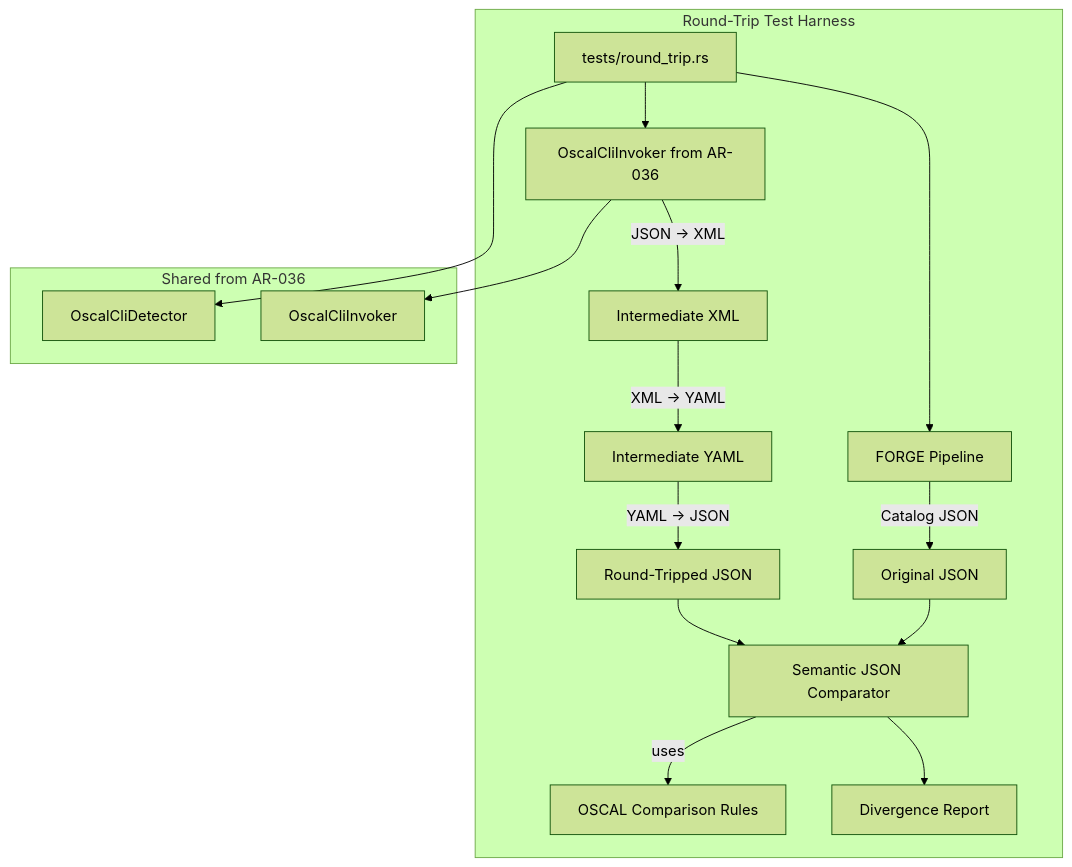
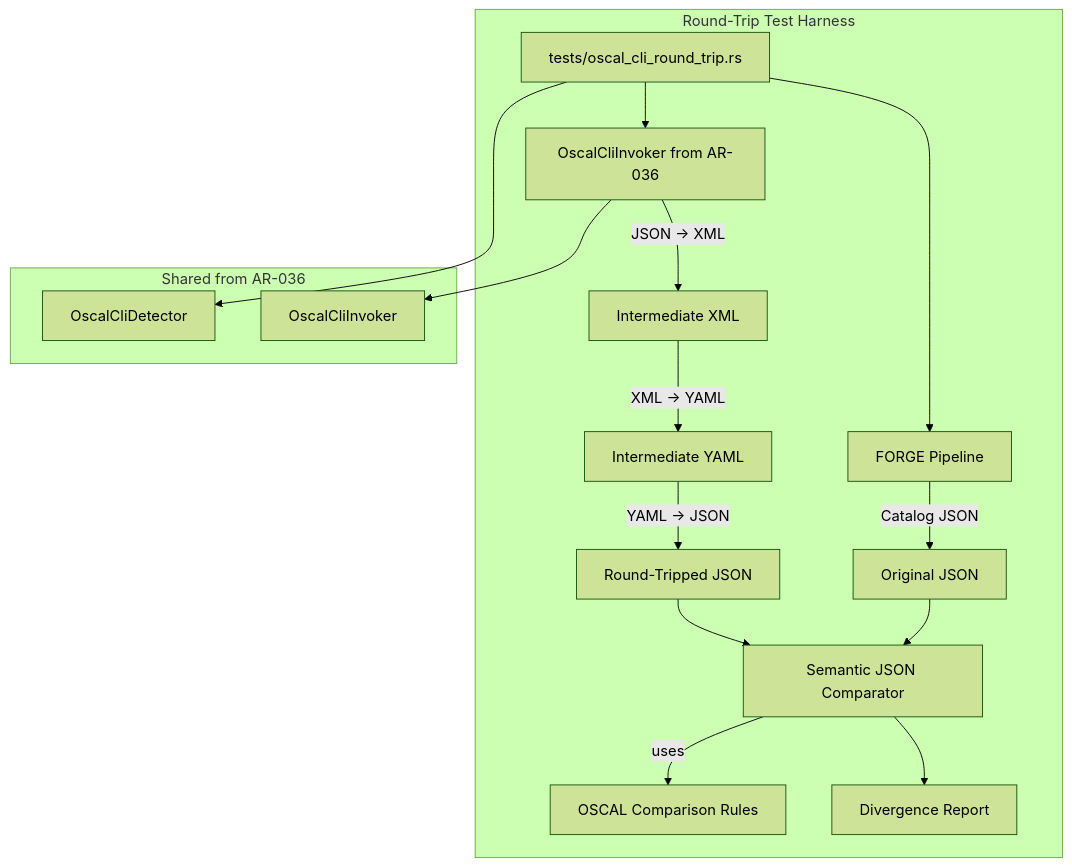
The fifth of 7 diagrams in docs/AR/037-ar-oscal-cli-round-trip.md (policy-forge/forge), drawn with Mermaid (forest theme) before and after one commit. The commit also changed other lines of this file and 22 other files, not shown here.

First line of the commit message:
feat: add oscal-cli round-trip validation (WI-37)

````diff
--- a/docs/AR/037-ar-oscal-cli-round-trip.md
+++ b/docs/AR/037-ar-oscal-cli-round-trip.md
@@ -269,23 +269,23 @@
 ```mermaid
 graph TD
     subgraph "Round-Trip Test Harness"
-        TestModule[tests/round_trip.rs] --> ForgeGen[FORGE Pipeline]
+        TestModule[tests/oscal_cli_round_trip.rs] --> ForgeGen[FORGE Pipeline]
         ForgeGen --> |"Catalog JSON"| OrigJSON[Original JSON]
         TestModule --> OscalCliChain[OscalCliInvoker from AR-036]
         OscalCliChain --> |"JSON → XML"| XML[Intermediate XML]
         XML --> |"XML → YAML"| YAML[Intermediate YAML]
         YAML --> |"YAML → JSON"| RoundTrippedJSON[Round-Tripped JSON]
         OrigJSON --> Comparator[Semantic JSON Comparator]
         RoundTrippedJSON --> Comparator
         Comparator --> |"uses"| Rules[OSCAL Comparison Rules]
         Comparator --> DivReport[Divergence Report]
     end
 
     subgraph "Shared from AR-036"
         OscalCliDetector[OscalCliDetector]
         OscalCliInvoker[OscalCliInvoker]
     end
 
     OscalCliChain --> OscalCliInvoker
     TestModule --> OscalCliDetector
 ```
````
